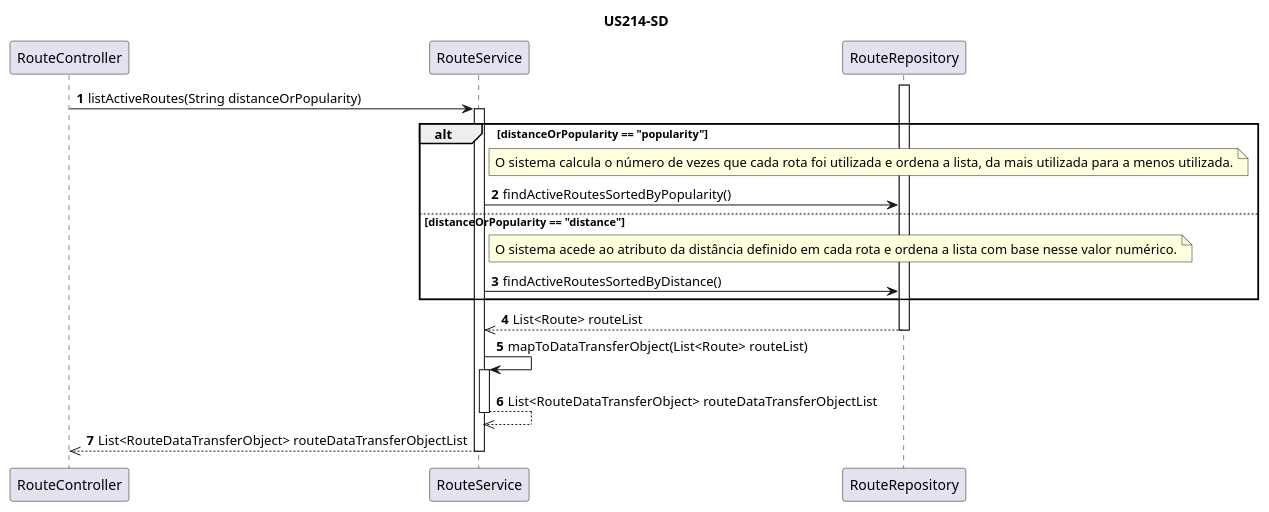
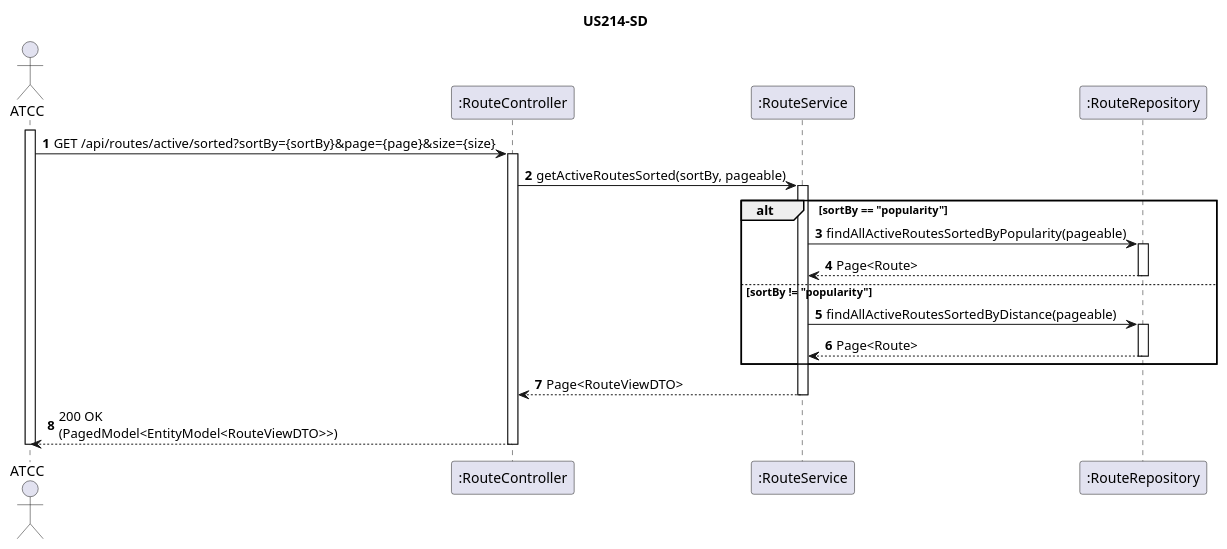
The diagram in docs/WP#3B - Enhanced Route Management/US214/US214-SD.puml (anamartasilvaa/PSOFT_AISafe_Flight), drawn with PlantUML before and after one commit. The commit also changed 18 other files, not shown here.

Commit message:
diagramas de WP#3B

```diff
--- a/docs/WP#3B - Enhanced Route Management/US214/US214-SD.puml
+++ b/docs/WP#3B - Enhanced Route Management/US214/US214-SD.puml
@@ -1,30 +1,34 @@
 @startuml
 title US214-SD
 autonumber
-participant "RouteController" as RouteController
-participant "RouteService" as RouteService
-participant "RouteRepository" as RouteRepository
+actor "ATCC" as Operator
+participant ":RouteController" as Ctrl
+participant ":RouteService" as Service
+participant ":RouteRepository" as Repo
 
-RouteController -> RouteService : listActiveRoutes(String distanceOrPopularity)
-activate RouteService
+activate Operator
+Operator -> Ctrl : GET /api/routes/active/sorted?sortBy={sortBy}&page={page}&size={size}
+activate Ctrl
 
-alt distanceOrPopularity == "popularity"
-    note right of RouteService : O sistema calcula o número de vezes que cada rota foi utilizada e ordena a lista, da mais utilizada para a menos utilizada.
-    RouteService -> RouteRepository : findActiveRoutesSortedByPopularity()
-else distanceOrPopularity == "distance"
-    note right of RouteService : O sistema acede ao atributo da distância definido em cada rota e ordena a lista com base nesse valor numérico.
-    RouteService -> RouteRepository : findActiveRoutesSortedByDistance()
+Ctrl -> Service : getActiveRoutesSorted(sortBy, pageable)
+activate Service
+
+alt sortBy == "popularity"
+    Service -> Repo : findAllActiveRoutesSortedByPopularity(pageable)
+    activate Repo
+    Repo --> Service : Page<Route>
+    deactivate Repo
+else sortBy != "popularity"
+    Service -> Repo : findAllActiveRoutesSortedByDistance(pageable)
+    activate Repo
+    Repo --> Service : Page<Route>
+    deactivate Repo
 end
 
-activate RouteRepository
-RouteRepository -->> RouteService : List<Route> routeList
-deactivate RouteRepository
+Service --> Ctrl : Page<RouteViewDTO>
+deactivate Service
 
-RouteService -> RouteService : mapToDataTransferObject(List<Route> routeList)
-activate RouteService
-RouteService -->> RouteService : List<RouteDataTransferObject> routeDataTransferObjectList
-deactivate RouteService
-
-RouteService -->> RouteController : List<RouteDataTransferObject> routeDataTransferObjectList
-deactivate RouteService
+Ctrl --> Operator : 200 OK\n(PagedModel<EntityModel<RouteViewDTO>>)
+deactivate Ctrl
+deactivate Operator
 @enduml
```
